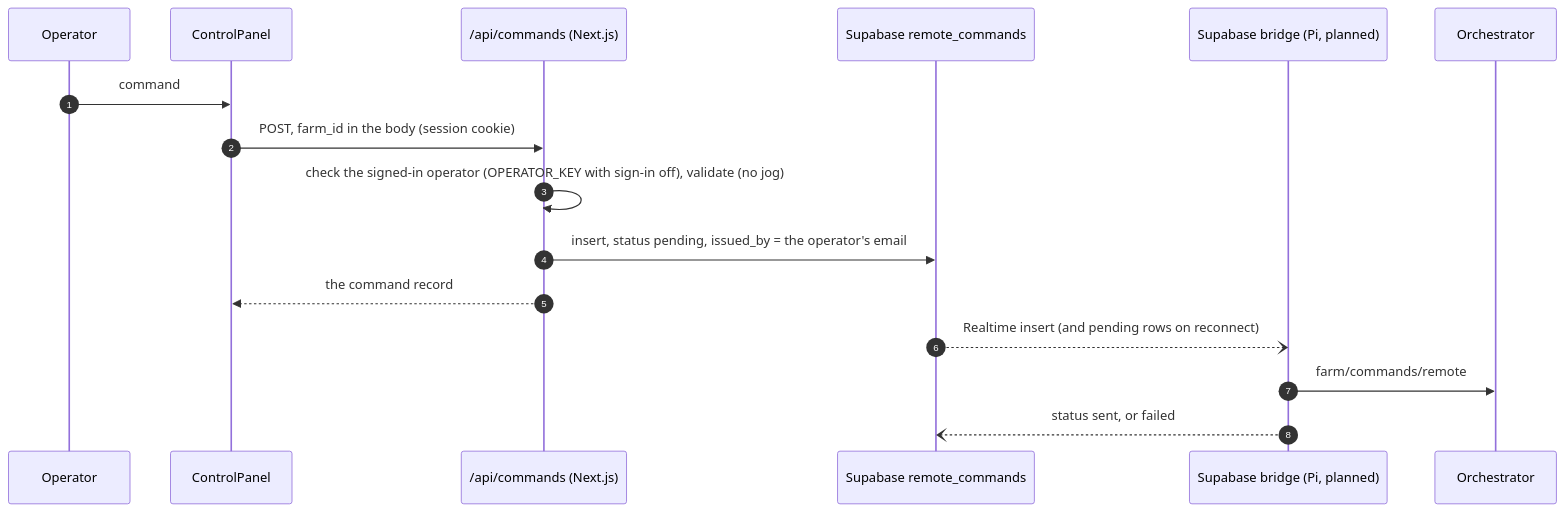
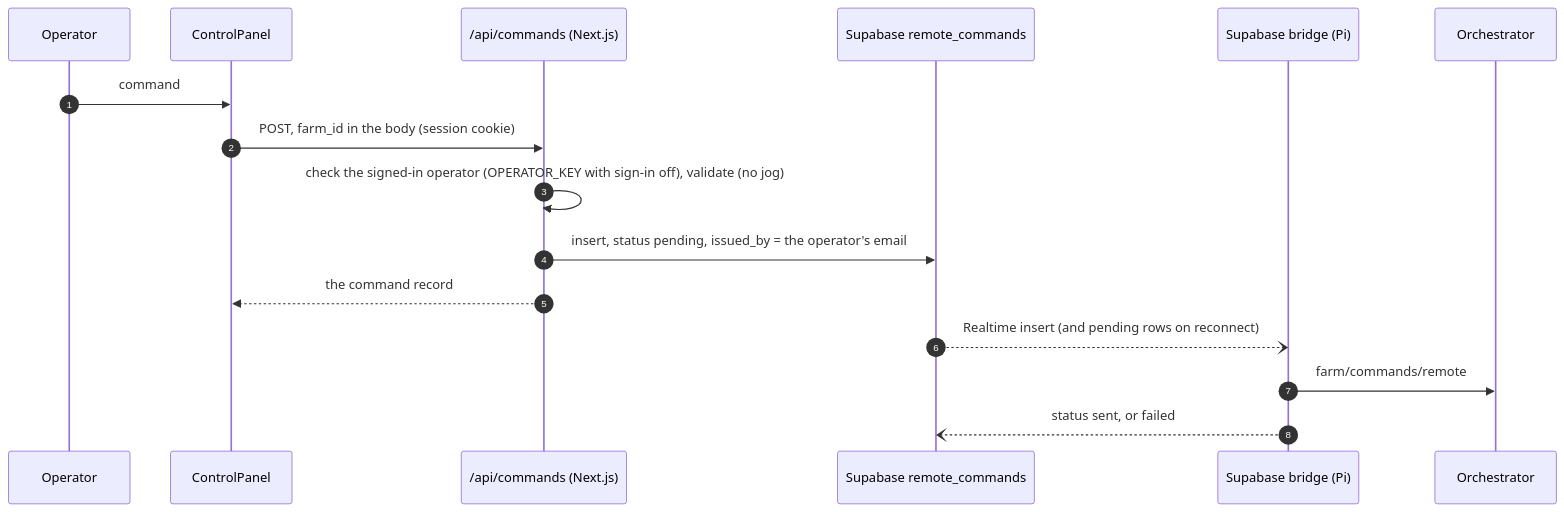
The fourth of 5 diagrams in web/docs/architecture.md (Ca1eb9/verdant-os), drawn with Mermaid before and after one commit. The commit also changed other lines of this file and 20 other files, not shown here.

````diff
--- a/web/docs/architecture.md
+++ b/web/docs/architecture.md
@@ -133,19 +136,19 @@
 ```mermaid
 sequenceDiagram
     autonumber
     participant U as Operator
     participant C as ControlPanel
     participant A as /api/commands (Next.js)
     participant S as Supabase remote_commands
-    participant SB as Supabase bridge (Pi, planned)
+    participant SB as Supabase bridge (Pi)
     participant O as Orchestrator
 
     U->>C: command
     C->>A: POST, farm_id in the body (session cookie)
     A->>A: check the signed-in operator (OPERATOR_KEY with sign-in off), validate (no jog)
     A->>S: insert, status pending, issued_by = the operator's email
     A-->>C: the command record
     S--)SB: Realtime insert (and pending rows on reconnect)
     SB->>O: farm/commands/remote
     SB--)S: status sent, or failed
 ```
````
